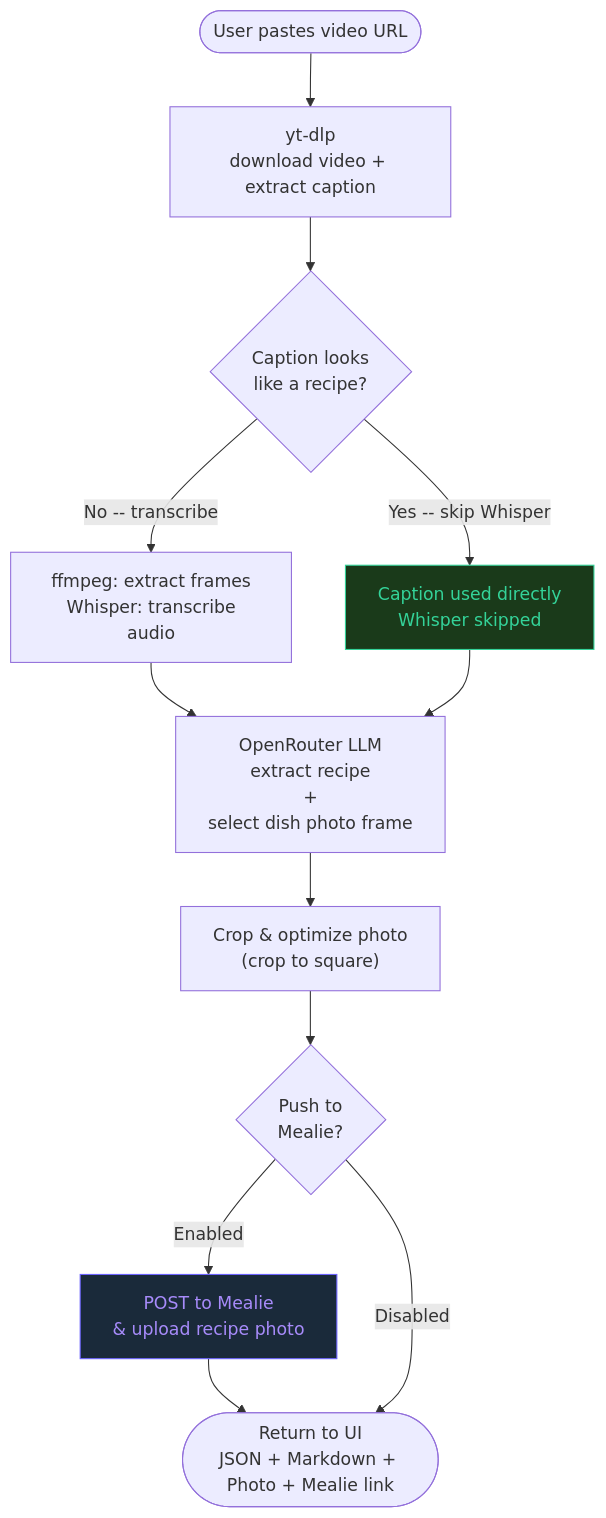
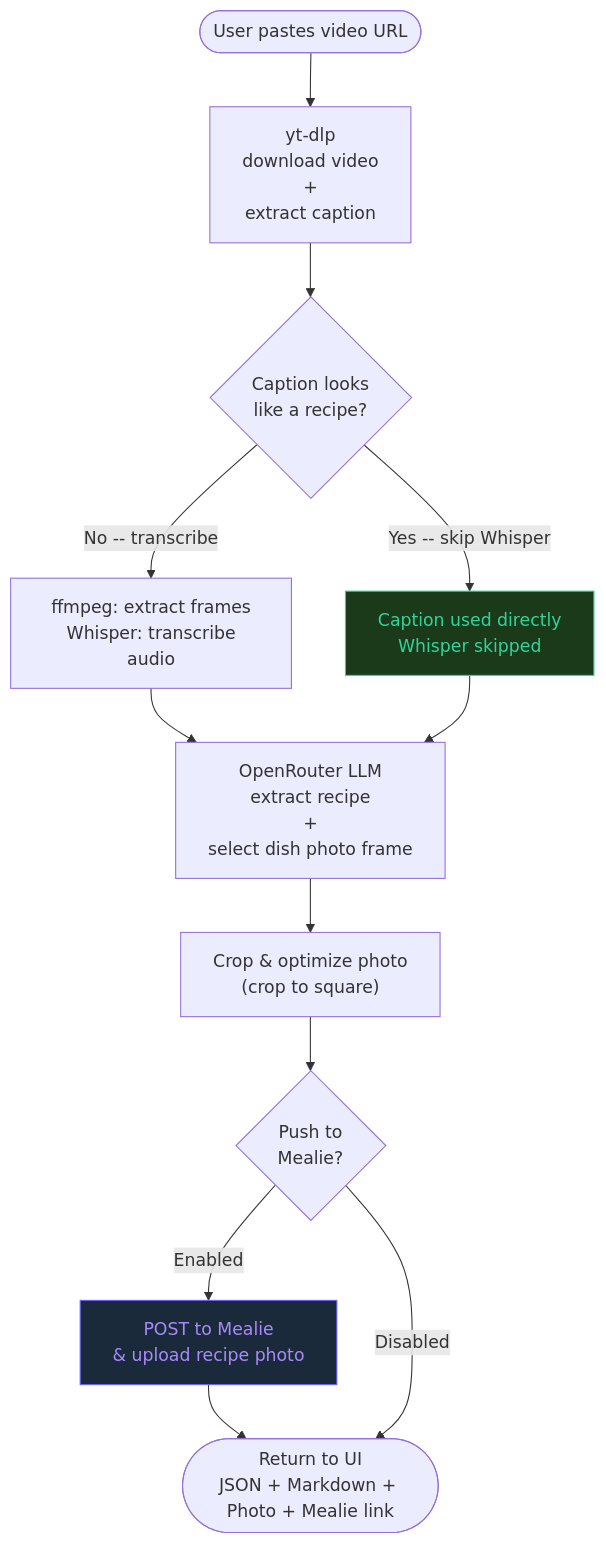
The first of 2 diagrams in README.md (leshicodes/SousVid), drawn with Mermaid before and after one commit.

Commit message:
formatting

````diff
--- a/README.md
+++ b/README.md
@@ -11,27 +11,27 @@
 ```mermaid
 flowchart TD
     A(["User pastes video URL"])
-    B["yt-dlp\ndownload video + extract caption"]
+    B["yt-dlp\ndownload video\n + \nextract caption"]
     C{"Caption looks\nlike a recipe?"}
     D["ffmpeg: extract frames\n Whisper: transcribe audio"]
     E["Caption used directly\n Whisper skipped"]
     F["OpenRouter LLM\nextract recipe\n + \nselect dish photo frame"]
     G["Crop & optimize photo\n(crop to square)"]
     H{"Push to\nMealie?"}
     I["POST to Mealie\n& upload recipe photo"]
     J(["Return to UI\nJSON + Markdown + Photo + Mealie link"])
 
     A --> B
     B --> C
     C -->|"No -- transcribe"| D
     C -->|"Yes -- skip Whisper"| E
     D --> F
     E --> F
     F --> G
     G --> H
     H -->|"Enabled"| I --> J
     H -->|"Disabled"| J
 
     style E fill:#1a3a1a,stroke:#34d399,color:#34d399
     style I fill:#1a2a3a,stroke:#6c63ff,color:#a78bfa
 ```
````
